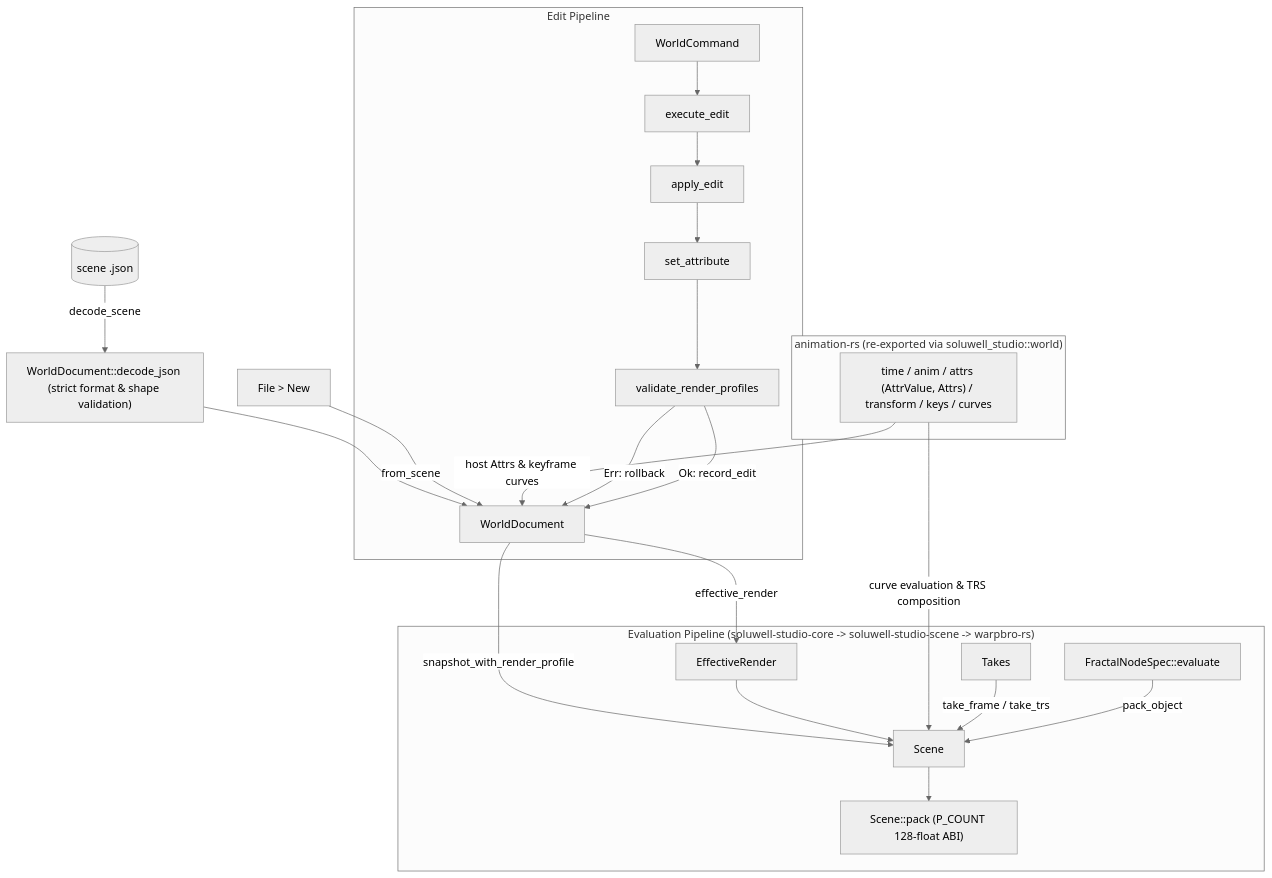
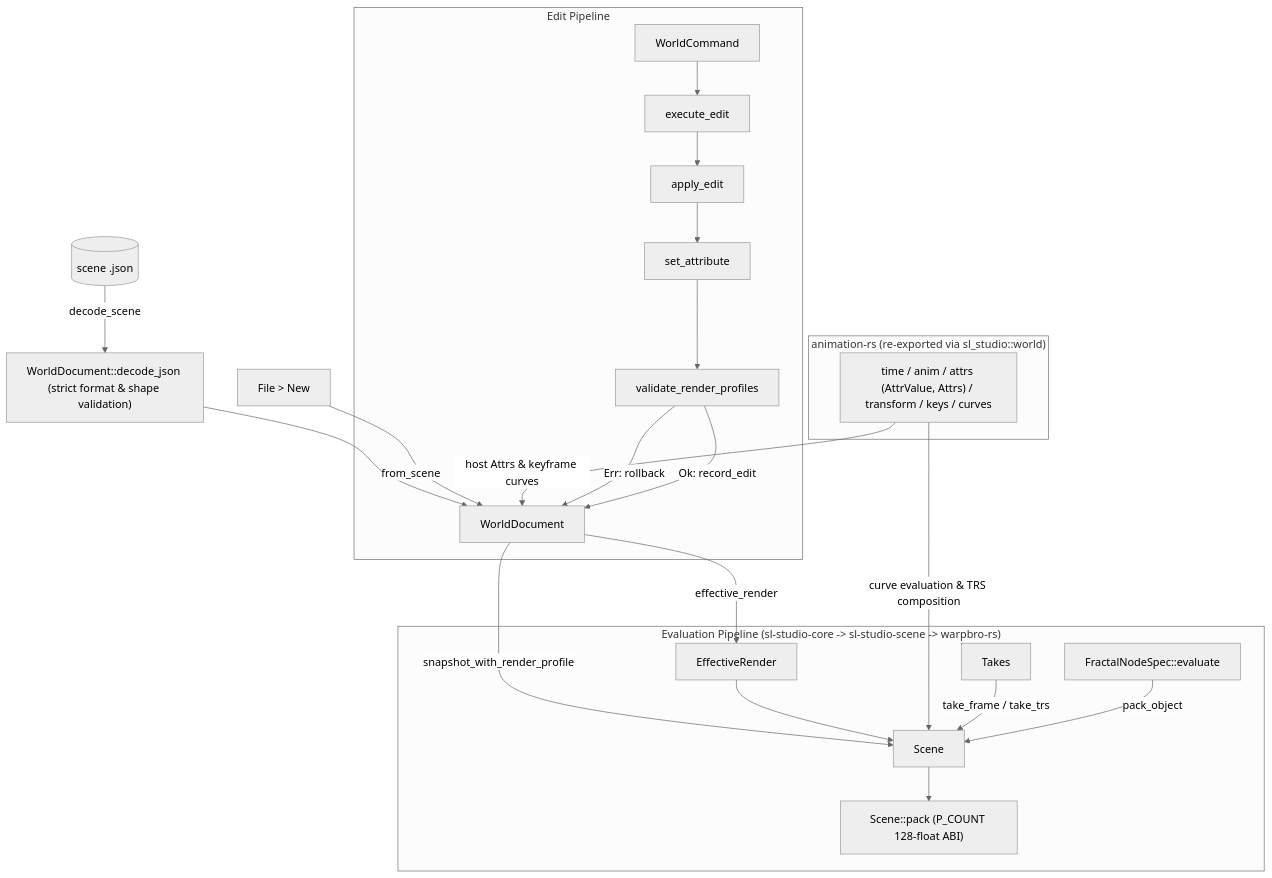
The third of 7 diagrams in DIAGRAMS.md (ssoj13/warpbro-rs), drawn with Mermaid (neutral theme) before and after one commit. The commit also changed other lines of this file and 20 other files, not shown here.

````diff
--- a/DIAGRAMS.md
+++ b/DIAGRAMS.md
@@ -90,28 +90,28 @@
 ```mermaid
 flowchart TD
   file[("scene .json")] -->|"decode_scene"| dj["WorldDocument::decode_json (strict format & shape validation)"]
   dj --> doc["WorldDocument"]
   new["File > New"] -->|"from_scene"| doc
 
-  subgraph AnimSubstrate["animation-rs (re-exported via soluwell_studio::world)"]
+  subgraph AnimSubstrate["animation-rs (re-exported via sl_studio::world)"]
     anim_types["time / anim / attrs (AttrValue, Attrs) / transform / keys / curves"]
   end
   anim_types -->|"host Attrs & keyframe curves"| doc
 
   subgraph Edits["Edit Pipeline"]
     cmd["WorldCommand"] --> ex["execute_edit"] --> ap["apply_edit"] --> sa["set_attribute"]
     sa --> val["validate_render_profiles"]
     val -->|"Err: rollback"| doc
     val -->|"Ok: record_edit"| doc
   end
 
-  subgraph Evaluation["Evaluation Pipeline (soluwell-studio-core -> soluwell-studio-scene -> warpbro-rs)"]
+  subgraph Evaluation["Evaluation Pipeline (sl-studio-core -> sl-studio-scene -> warpbro-rs)"]
     doc -->|"snapshot_with_render_profile"| sc["Scene"]
     doc -->|"effective_render"| er["EffectiveRender"]
     er --> sc
     anim_types -->|"curve evaluation & TRS composition"| sc
     takes["Takes"] -->|"take_frame / take_trs"| sc
     fn["FractalNodeSpec::evaluate"] -->|"pack_object"| sc
     sc --> pack["Scene::pack (P_COUNT 128-float ABI)"]
   end
 ```
````
